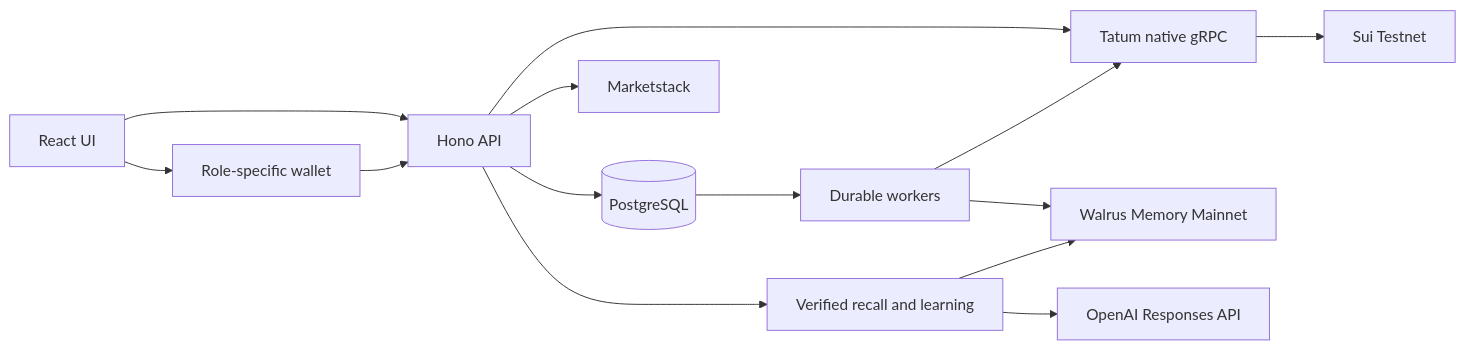
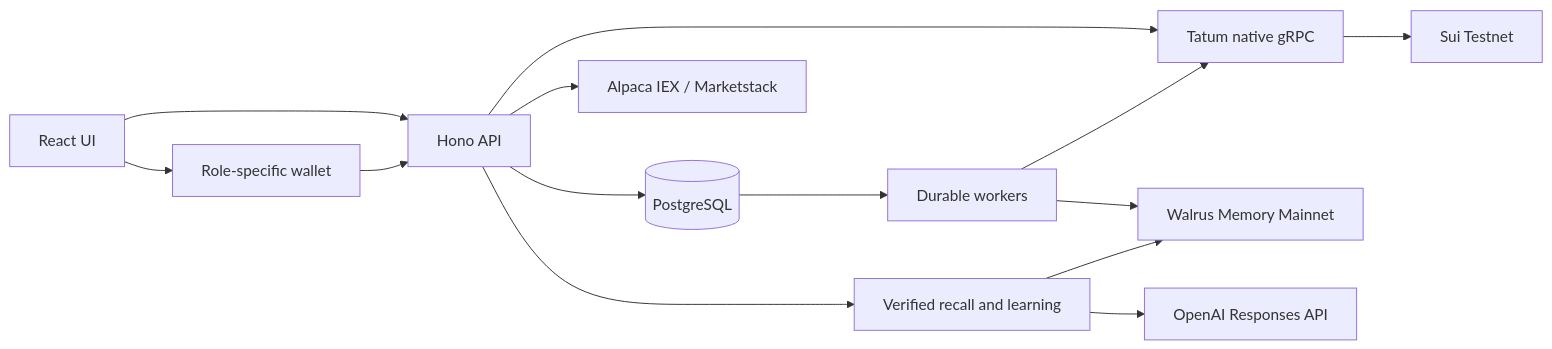
Before and after one commit to ELLA0VICTOR/trove: the diagram in docs/ARCHITECTURE.md, drawn with Mermaid. The commit also changed other lines of this file and 33 other files, not shown here.

````diff
--- a/docs/ARCHITECTURE.md
+++ b/docs/ARCHITECTURE.md
@@ -11,16 +11,16 @@
 ```mermaid
 flowchart LR
   UI[React UI] --> API[Hono API]
   UI --> WALLET[Role-specific wallet]
   WALLET --> API
   API --> DB[(PostgreSQL)]
-  API --> DATA[Marketstack]
+  API --> DATA[Alpaca IEX / Marketstack]
   API --> TATUM[Tatum native gRPC]
   TATUM --> SUI[Sui Testnet]
   DB --> JOBS[Durable workers]
   JOBS --> MEMORY[Walrus Memory Mainnet]
   JOBS --> TATUM
   API --> LEARNING[Verified recall and learning]
   LEARNING --> MEMORY
   LEARNING --> MODEL[OpenAI Responses API]
 ```
````
